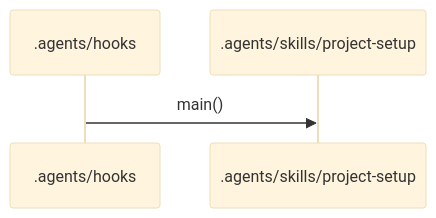
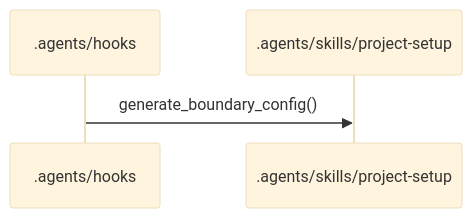
One commit to TajVirani/llm-scaffold-claude changed the first of 15 diagrams in .workflow/cache/flows.md. Above: the diagram before and after it, drawn with Mermaid (base theme). The commit also changed other lines of this file and 15 other files, not shown here.

````diff
--- a/.workflow/cache/flows.md
+++ b/.workflow/cache/flows.md
@@ -61,6 +58,6 @@
 ```mermaid
 sequenceDiagram
   participant _agents_hooks as .agents/hooks
   participant _agents_skills_project_setup as .agents/skills/project-setup
-  _agents_hooks->>_agents_skills_project_setup: main()
+  _agents_hooks->>_agents_skills_project_setup: generate_boundary_config()
 ```
````
